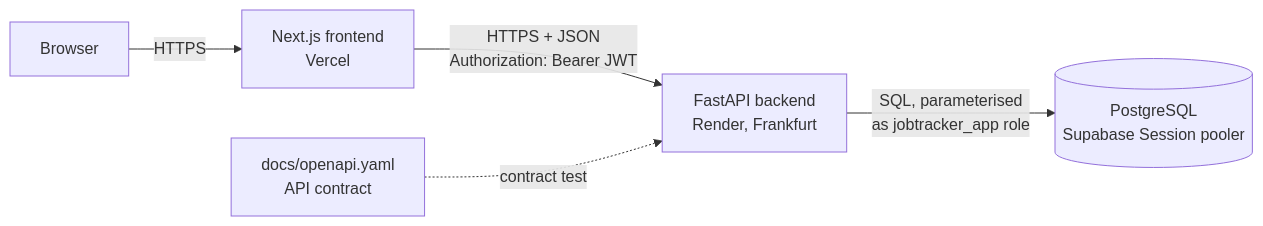
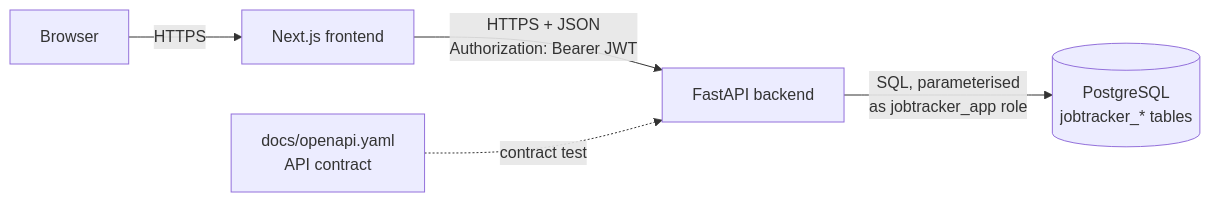
Before and after one commit to quantamsage/hirepath: the diagram in README.md, drawn with Mermaid. The commit also changed other lines of this file and 5 other files, not shown here.

````diff
--- a/README.md
+++ b/README.md
@@ -36,7 +40,7 @@
 ```mermaid
 flowchart LR
-    U[Browser] -->|HTTPS| FE[Next.js frontend<br/>Vercel]
-    FE -->|HTTPS + JSON<br/>Authorization: Bearer JWT| BE[FastAPI backend<br/>Render, Frankfurt]
-    BE -->|SQL, parameterised<br/>as jobtracker_app role| DB[(PostgreSQL<br/>Supabase Session pooler)]
+    U[Browser] -->|HTTPS| FE[Next.js frontend]
+    FE -->|HTTPS + JSON<br/>Authorization: Bearer JWT| BE[FastAPI backend]
+    BE -->|SQL, parameterised<br/>as jobtracker_app role| DB[(PostgreSQL<br/>jobtracker_* tables)]
     C[docs/openapi.yaml<br/>API contract] -. contract test .-> BE
 ```
````
